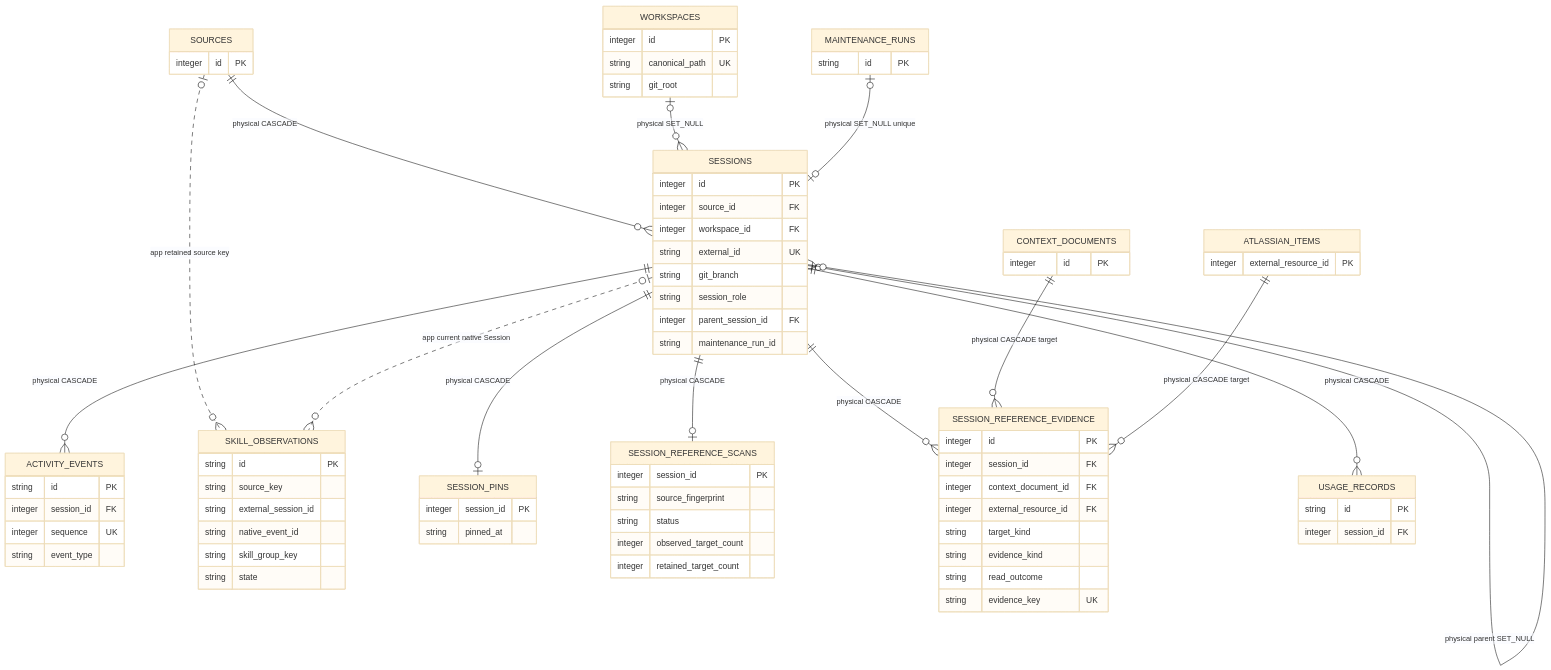
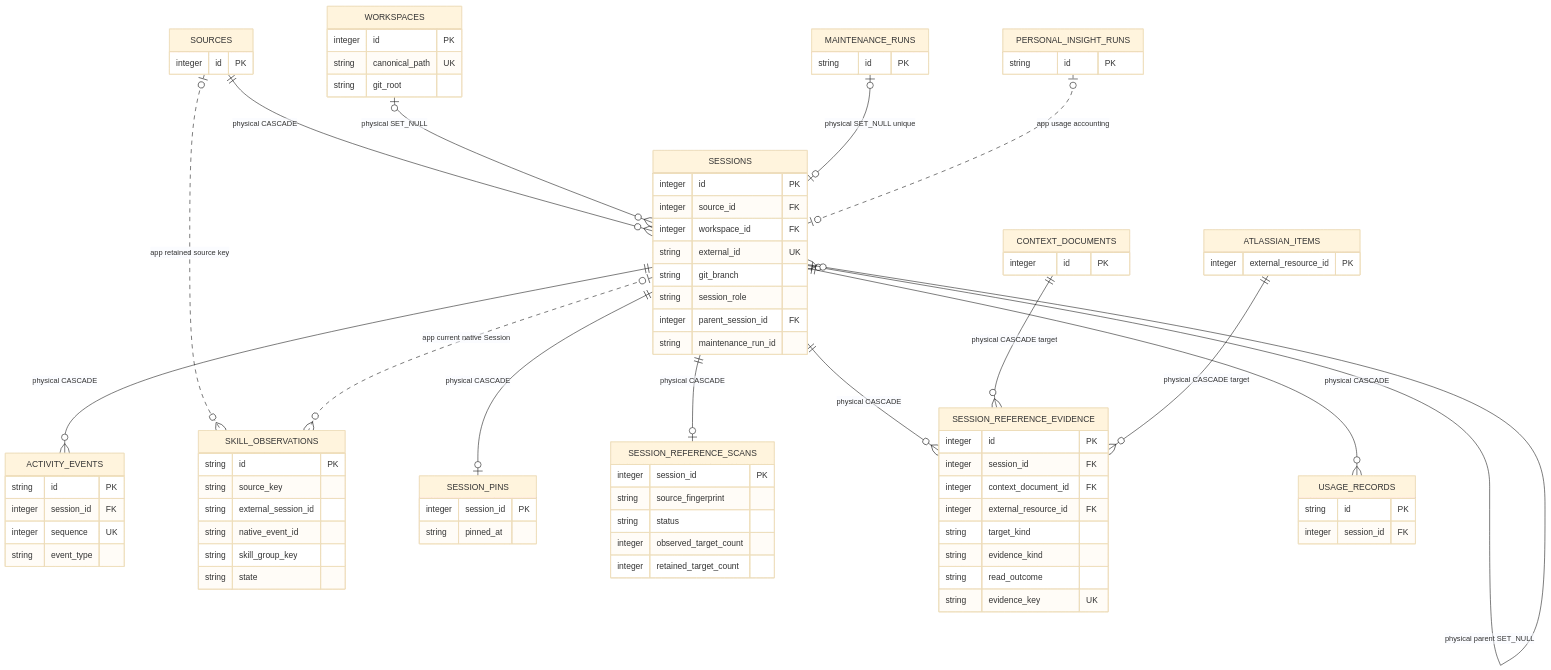
Before and after one commit to chochita0311/local-brain: the diagram in docs/policies/project/data-model/workspace-and-session-activity.md, drawn with Mermaid (base theme). The commit also changed other lines of this file and 104 other files, not shown here.

````diff
--- a/docs/policies/project/data-model/workspace-and-session-activity.md
+++ b/docs/policies/project/data-model/workspace-and-session-activity.md
@@ -11,72 +11,74 @@
 ```mermaid
 erDiagram
     SOURCES { integer id PK }
     WORKSPACES {
         integer id PK
         string canonical_path UK
         string git_root
     }
     SESSIONS {
         integer id PK
         integer source_id FK
         integer workspace_id FK
         string external_id UK
         string git_branch
         string session_role
         integer parent_session_id FK
         string maintenance_run_id
     }
     ACTIVITY_EVENTS {
         string id PK
         integer session_id FK
         integer sequence UK
         string event_type
     }
     SKILL_OBSERVATIONS {
         string id PK
         string source_key
         string external_session_id
         string native_event_id
         string skill_group_key
         string state
     }
     SESSION_PINS {
         integer session_id PK
         string pinned_at
     }
     SESSION_REFERENCE_SCANS {
         integer session_id PK
         string source_fingerprint
         string status
         integer observed_target_count
         integer retained_target_count
     }
     SESSION_REFERENCE_EVIDENCE {
         integer id PK
         integer session_id FK
         integer context_document_id FK
         integer external_resource_id FK
         string target_kind
         string evidence_kind
         string read_outcome
         string evidence_key UK
     }
     CONTEXT_DOCUMENTS { integer id PK }
     ATLASSIAN_ITEMS { integer external_resource_id PK }
     MAINTENANCE_RUNS { string id PK }
+    PERSONAL_INSIGHT_RUNS { string id PK }
     USAGE_RECORDS { string id PK integer session_id FK }
 
     SOURCES ||--o{ SESSIONS : "physical CASCADE"
     WORKSPACES o|--o{ SESSIONS : "physical SET_NULL"
     SESSIONS o|--o{ SESSIONS : "physical parent SET_NULL"
     SESSIONS ||--o{ ACTIVITY_EVENTS : "physical CASCADE"
     SOURCES o|..o{ SKILL_OBSERVATIONS : "app retained source key"
     SESSIONS o|..o{ SKILL_OBSERVATIONS : "app current native Session"
     SESSIONS ||--o| SESSION_PINS : "physical CASCADE"
     SESSIONS ||--o| SESSION_REFERENCE_SCANS : "physical CASCADE"
     SESSIONS ||--o{ SESSION_REFERENCE_EVIDENCE : "physical CASCADE"
     CONTEXT_DOCUMENTS ||--o{ SESSION_REFERENCE_EVIDENCE : "physical CASCADE target"
     ATLASSIAN_ITEMS ||--o{ SESSION_REFERENCE_EVIDENCE : "physical CASCADE target"
     SESSIONS ||--o{ USAGE_RECORDS : "physical CASCADE"
     MAINTENANCE_RUNS o|--o| SESSIONS : "physical SET_NULL unique"
+    PERSONAL_INSIGHT_RUNS o|..o| SESSIONS : "app usage accounting"
 ```
````
